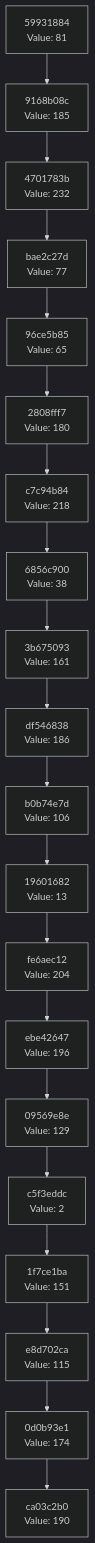
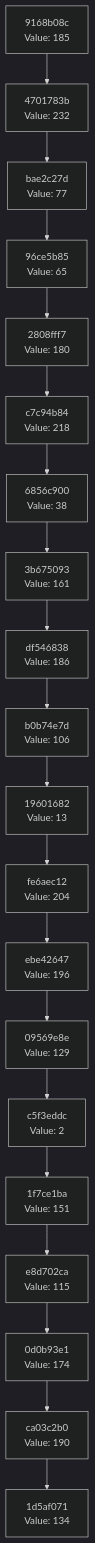
One commit to Abhisheksinha1506/hash-chain-evolver changed the diagram in docs/CHAIN_VISUALIZATION.md. Above: the diagram before and after it, drawn with Mermaid (dark theme). The commit also changed 3 other files, not shown here.

````diff
--- a/docs/CHAIN_VISUALIZATION.md
+++ b/docs/CHAIN_VISUALIZATION.md
@@ -3,42 +3,42 @@
 ```mermaid
 graph TD
-    C0["ca03c2b0<br/>Value: 190"]
-    C1["0d0b93e1<br/>Value: 174"]
+    C0["1d5af071<br/>Value: 134"]
+    C1["ca03c2b0<br/>Value: 190"]
     C1 --> C0
-    C2["e8d702ca<br/>Value: 115"]
+    C2["0d0b93e1<br/>Value: 174"]
     C2 --> C1
-    C3["1f7ce1ba<br/>Value: 151"]
+    C3["e8d702ca<br/>Value: 115"]
     C3 --> C2
-    C4["c5f3eddc<br/>Value: 2"]
+    C4["1f7ce1ba<br/>Value: 151"]
     C4 --> C3
-    C5["09569e8e<br/>Value: 129"]
+    C5["c5f3eddc<br/>Value: 2"]
     C5 --> C4
-    C6["ebe42647<br/>Value: 196"]
+    C6["09569e8e<br/>Value: 129"]
     C6 --> C5
-    C7["fe6aec12<br/>Value: 204"]
+    C7["ebe42647<br/>Value: 196"]
     C7 --> C6
-    C8["19601682<br/>Value: 13"]
+    C8["fe6aec12<br/>Value: 204"]
     C8 --> C7
-    C9["b0b74e7d<br/>Value: 106"]
+    C9["19601682<br/>Value: 13"]
     C9 --> C8
-    C10["df546838<br/>Value: 186"]
+    C10["b0b74e7d<br/>Value: 106"]
     C10 --> C9
-    C11["3b675093<br/>Value: 161"]
+    C11["df546838<br/>Value: 186"]
     C11 --> C10
-    C12["6856c900<br/>Value: 38"]
+    C12["3b675093<br/>Value: 161"]
     C12 --> C11
-    C13["c7c94b84<br/>Value: 218"]
+    C13["6856c900<br/>Value: 38"]
     C13 --> C12
-    C14["2808fff7<br/>Value: 180"]
+    C14["c7c94b84<br/>Value: 218"]
     C14 --> C13
-    C15["96ce5b85<br/>Value: 65"]
+    C15["2808fff7<br/>Value: 180"]
     C15 --> C14
-    C16["bae2c27d<br/>Value: 77"]
+    C16["96ce5b85<br/>Value: 65"]
     C16 --> C15
-    C17["4701783b<br/>Value: 232"]
+    C17["bae2c27d<br/>Value: 77"]
     C17 --> C16
-    C18["9168b08c<br/>Value: 185"]
+    C18["4701783b<br/>Value: 232"]
     C18 --> C17
-    C19["59931884<br/>Value: 81"]
+    C19["9168b08c<br/>Value: 185"]
     C19 --> C18
 ```
````
